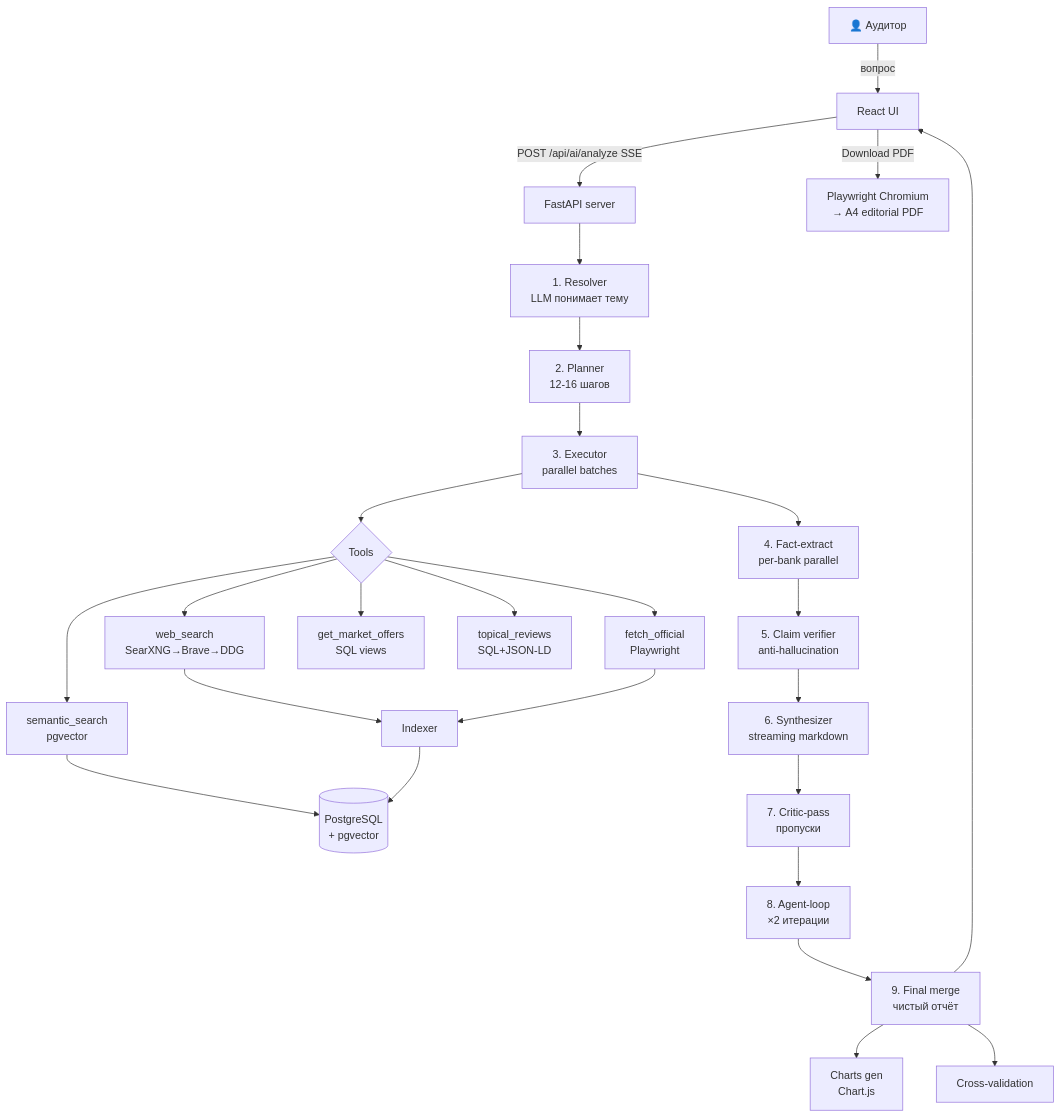
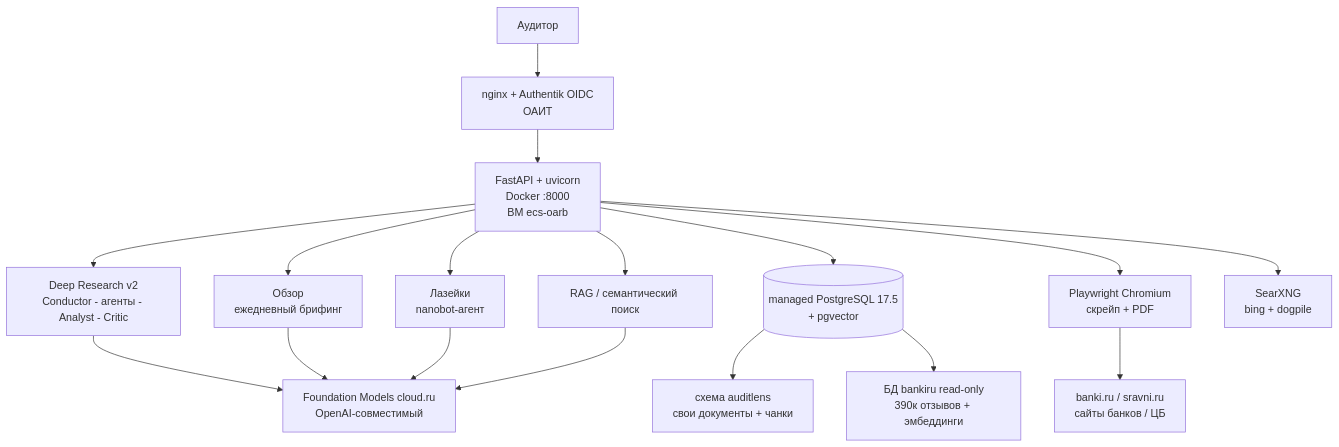
Before and after one commit to SashaEee/auditLens: the first of 2 diagrams in docs/ARCHITECTURE.md, drawn with Mermaid. The commit also changed other lines of this file and 11 other files, not shown here.

````diff
--- a/docs/ARCHITECTURE.md
+++ b/docs/ARCHITECTURE.md
@@ -9,33 +21,23 @@
 ```mermaid
 flowchart TB
-    User[👤 Аудитор] -->|вопрос| UI[React UI]
-    UI -->|POST /api/ai/analyze SSE| API[FastAPI server]
+    U[Аудитор] --> NG[nginx + Authentik OIDC<br/>ОАИТ]
+    NG --> APP[FastAPI + uvicorn<br/>Docker :8000<br/>ВМ ecs-oarb]
 
-    API --> Resolver[1. Resolver<br/>LLM понимает тему]
-    Resolver --> Planner[2. Planner<br/>12-16 шагов]
-    Planner --> Executor[3. Executor<br/>parallel batches]
+    APP --> DR[Deep Research v2<br/>Conductor - агенты - Analyst - Critic]
+    APP --> DG[Обзор<br/>ежедневный брифинг]
+    APP --> LH[Лазейки<br/>nanobot-агент]
+    APP --> RAG[RAG / семантический поиск]
 
-    Executor --> Tools{Tools}
-    Tools --> Sem[semantic_search<br/>pgvector]
-    Tools --> Web[web_search<br/>SearXNG→Brave→DDG]
-    Tools --> Fetch[fetch_official<br/>Playwright]
-    Tools --> Market[get_market_offers<br/>SQL views]
-    Tools --> Reviews[topical_reviews<br/>SQL+JSON-LD]
+    DR --> FM[Foundation Models cloud.ru<br/>OpenAI-совместимый]
+    DG --> FM
+    LH --> FM
+    RAG --> FM
 
-    Sem --> DB[(PostgreSQL<br/>+ pgvector)]
-    Web --> Indexer[Indexer]
-    Fetch --> Indexer
-    Indexer --> DB
+    APP --> PG[(managed PostgreSQL 17.5<br/>+ pgvector)]
+    PG --> SCH1[схема auditlens<br/>свои документы + чанки]
+    PG --> SCH2[БД bankiru read-only<br/>390к отзывов + эмбеддинги]
 
-    Executor --> FactExtract[4. Fact-extract<br/>per-bank parallel]
-    FactExtract --> Verify[5. Claim verifier<br/>anti-hallucination]
-    Verify --> Synth[6. Synthesizer<br/>streaming markdown]
-    Synth --> Critic[7. Critic-pass<br/>пропуски]
-    Critic --> Agent[8. Agent-loop<br/>×2 итерации]
-    Agent --> Merge[9. Final merge<br/>чистый отчёт]
-    Merge --> Charts[Charts gen<br/>Chart.js]
-    Merge --> CrossVal[Cross-validation]
-    Merge --> UI
-
-    UI -->|Download PDF| PDF[Playwright Chromium<br/>→ A4 editorial PDF]
+    APP --> PW[Playwright Chromium<br/>скрейп + PDF]
+    PW --> WEB[banki.ru / sravni.ru<br/>сайты банков / ЦБ]
+    APP --> SX[SearXNG<br/>bing + dogpile]
 ```
````
